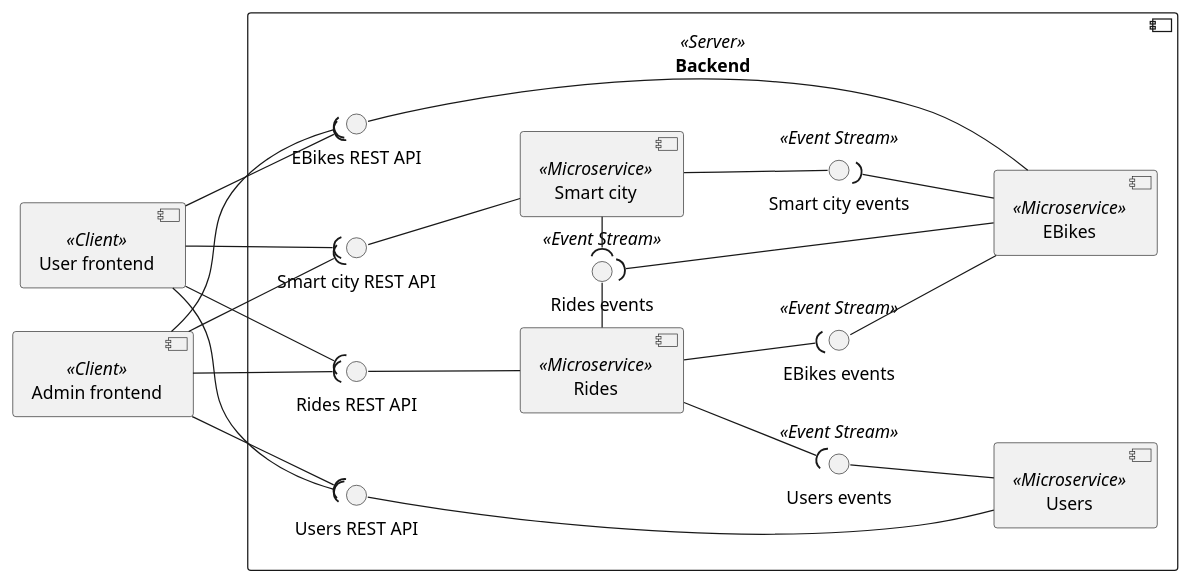
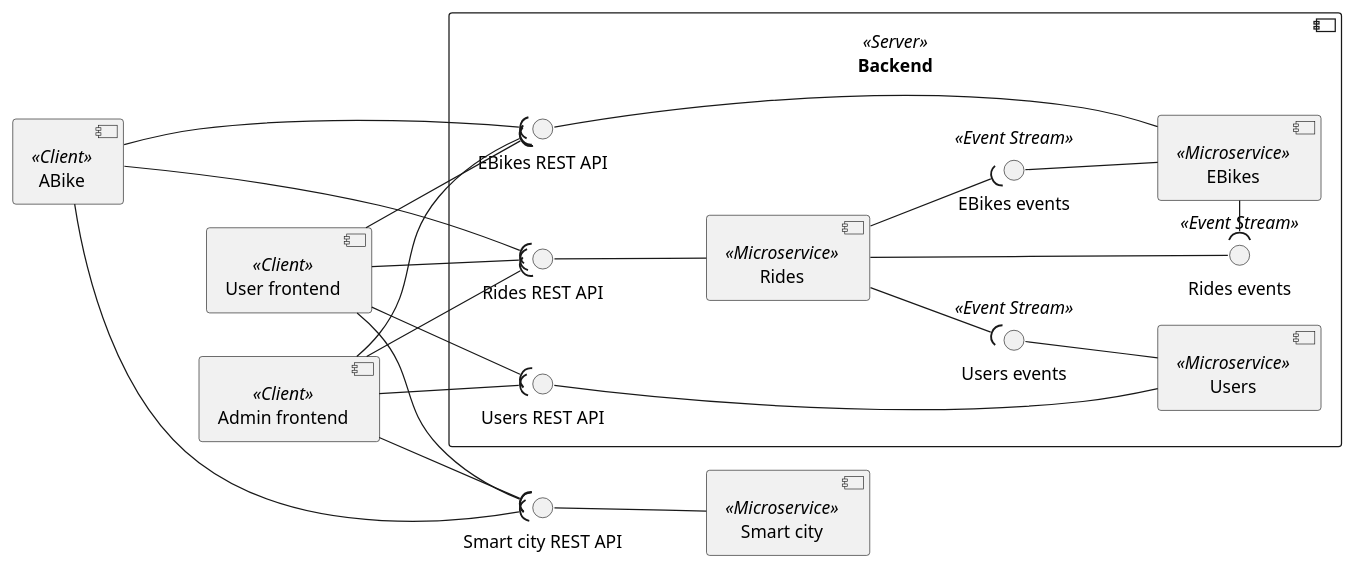
Before and after one commit to Ventus218/SAP-assignment-03: the diagram in doc/diagrams/src/components.puml, drawn with PlantUML. The commit also changed 1 other file, not shown here.

```diff
--- a/doc/diagrams/src/components.puml
+++ b/doc/diagrams/src/components.puml
@@ -1,50 +1,50 @@
 @startuml components
 
 left to right direction
 
 component "User frontend" as UserFE <<Client>>
 component "Admin frontend" as AdminFE <<Client>>
+component "ABike" <<Client>>
+
+component "Smart city" <<Microservice>> as SmartCity
+interface "Smart city REST API" as SmartCityAPI
+SmartCity -u-() SmartCityAPI
 
 component Backend <<Server>> {
-
-    component "Smart city" <<Microservice>> as SmartCity
-    interface "Smart city REST API" as SmartCityAPI
-    SmartCity -u-() SmartCityAPI
-    interface "Smart city events" <<Event Stream>> as SmartCityES
-    SmartCity --() SmartCityES
 
     component "EBikes" <<Microservice>> as EBikes
     interface "EBikes REST API" as EBikesAPI
     EBikes --u--() EBikesAPI
     interface "EBikes events" <<Event Stream>> as EBikesES
     EBikes -u-() EBikesES
-    EBikes -u-( SmartCityES
     
     component "Users" <<Microservice>> as Users
     interface "Users REST API" as UsersAPI
     Users --u--() UsersAPI
     interface "Users events" <<Event Stream>> as UsersES
     Users -u-() UsersES
 
     component "Rides" <<Microservice>> as Rides
     interface "Rides REST API" as RidesAPI
     Rides -u-() RidesAPI
     interface "Rides events" <<Event Stream>> as RidesES
-    Rides -r-() RidesES
-    Rides -d-( UsersES
-    Rides -d-( EBikesES
+    Rides --() RidesES
+    Rides --( UsersES
+    Rides --( EBikesES
 
-    EBikes -u-( RidesES
-    SmartCity -l-( RidesES
+    EBikes -l-( RidesES
 }
 
 UserFE --( RidesAPI
 UserFE --( UsersAPI
 UserFE --( EBikesAPI
 UserFE --( SmartCityAPI
 AdminFE --( RidesAPI
 AdminFE --( UsersAPI
 AdminFE --( EBikesAPI
 AdminFE --( SmartCityAPI
+ABike ---( RidesAPI
+ABike ---( EBikesAPI
+ABike ---( SmartCityAPI
 
 @enduml
```
